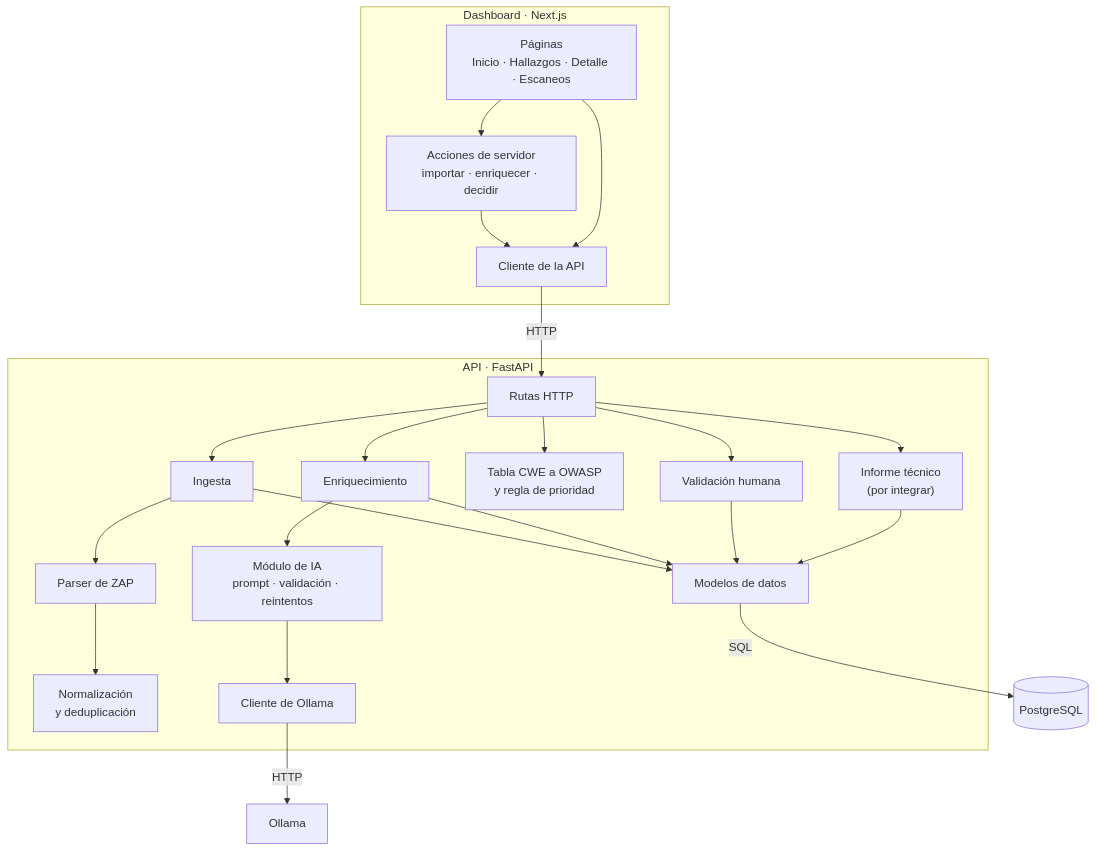
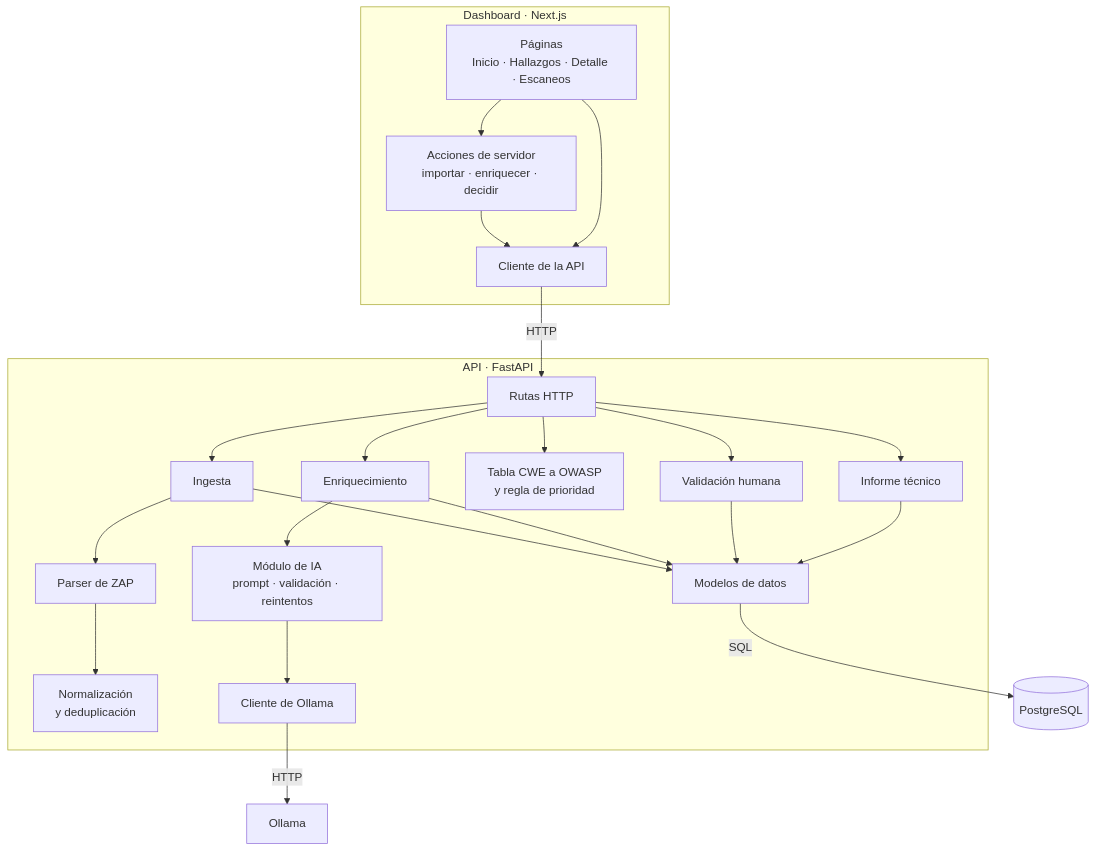
One commit to monkedevluxo/capstone changed the second of 8 diagrams in docs/diseno/DISENO.md. Above: the diagram before and after it, drawn with Mermaid. The commit also changed other lines of this file and 4 other files, not shown here.

````diff
--- a/docs/diseno/DISENO.md
+++ b/docs/diseno/DISENO.md
@@ -63,41 +63,41 @@
 ```mermaid
 flowchart TB
     subgraph web["Dashboard · Next.js"]
         paginas["Páginas<br/>Inicio · Hallazgos · Detalle · Escaneos"]
         acciones["Acciones de servidor<br/>importar · enriquecer · decidir"]
         clienteapi["Cliente de la API"]
         paginas --> acciones --> clienteapi
         paginas --> clienteapi
     end
 
     subgraph api["API · FastAPI"]
         rutas["Rutas HTTP"]
         ingesta["Ingesta"]
         parser["Parser de ZAP"]
         norm["Normalización<br/>y deduplicación"]
         enriq["Enriquecimiento"]
         ia["Módulo de IA<br/>prompt · validación · reintentos"]
         cliente["Cliente de Ollama"]
         tabla["Tabla CWE a OWASP<br/>y regla de prioridad"]
         valid["Validación humana"]
-        informe["Informe técnico<br/>(por integrar)"]
+        informe["Informe técnico"]
         modelos["Modelos de datos"]
 
         rutas --> ingesta --> parser --> norm
         rutas --> enriq --> ia --> cliente
         rutas --> tabla
         rutas --> valid
         rutas --> informe
         ingesta --> modelos
         enriq --> modelos
         valid --> modelos
         informe --> modelos
     end
 
     db[("PostgreSQL")]
     ollama["Ollama"]
 
     clienteapi -->|HTTP| rutas
     modelos -->|SQL| db
     cliente -->|HTTP| ollama
 ```
````
